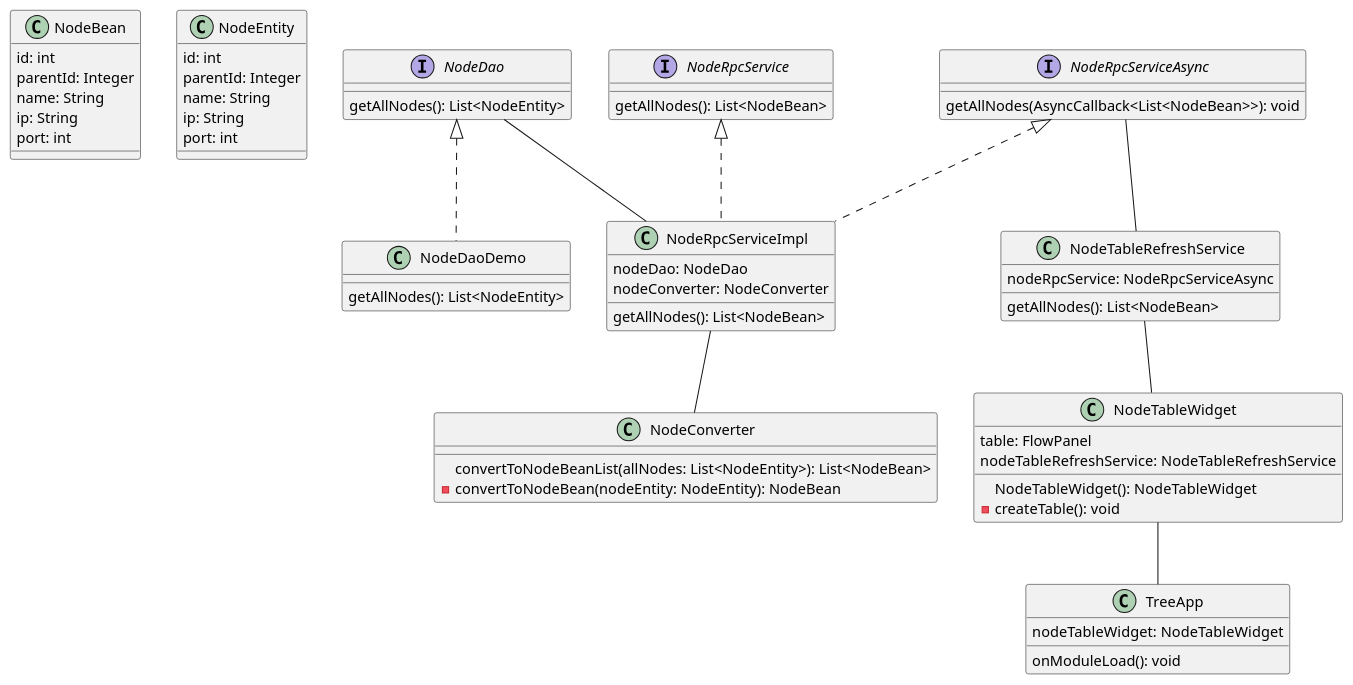
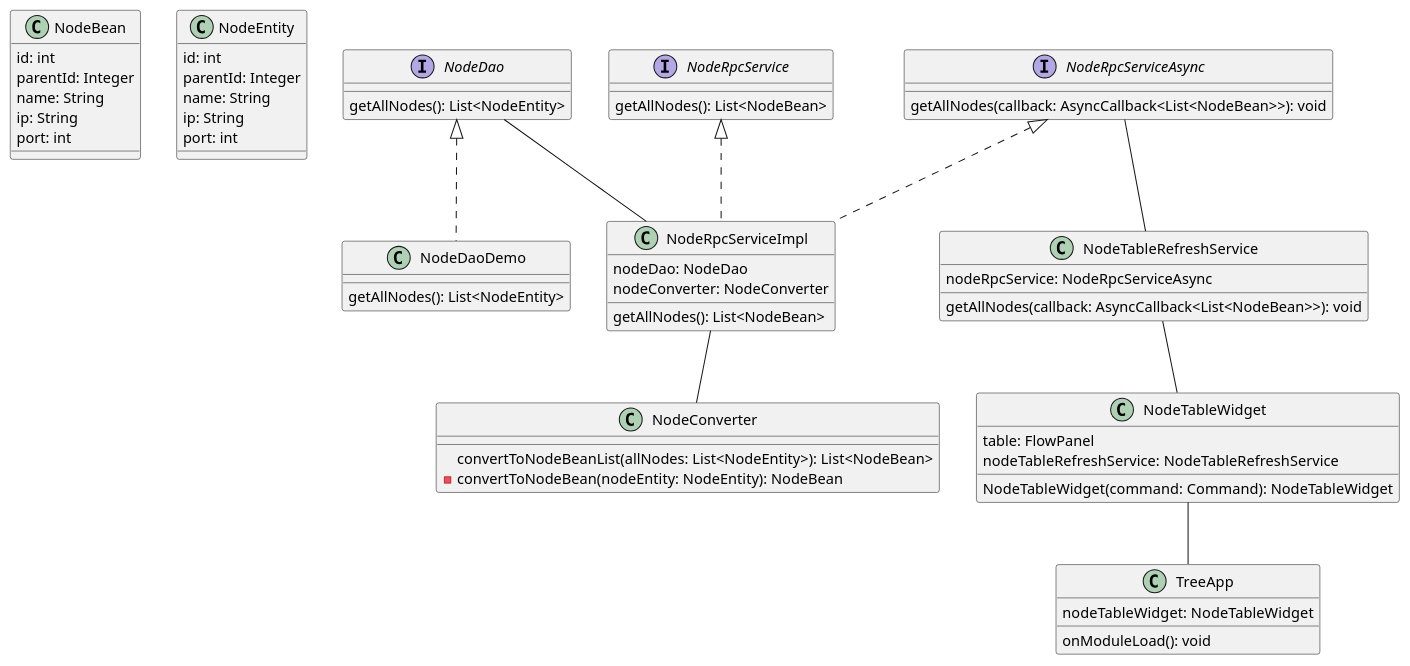
The diagram in docs/class-diagram.puml (dbespa/gwt-tree), drawn with PlantUML before and after one commit. The commit also changed 25 other files, not shown here.

```diff
--- a/docs/class-diagram.puml
+++ b/docs/class-diagram.puml
@@ -1,76 +1,75 @@
 @startuml class-diagram
 
 class NodeBean {
     id: int
     parentId: Integer
     name: String
     ip: String
     port: int
 }
 
 class NodeEntity {
     id: int
     parentId: Integer
     name: String
     ip: String
     port: int
 }
 
 interface NodeDao {
     getAllNodes(): List<NodeEntity>    
 }
 
 class NodeDaoDemo {
     getAllNodes(): List<NodeEntity>
 }
 
 class NodeConverter {
     convertToNodeBeanList(allNodes: List<NodeEntity>): List<NodeBean>
     -convertToNodeBean(nodeEntity: NodeEntity): NodeBean
 }
 
 class NodeRpcServiceImpl {
     nodeDao: NodeDao
     nodeConverter: NodeConverter
 
     getAllNodes(): List<NodeBean>
 }
 
 interface NodeRpcService {
     getAllNodes(): List<NodeBean>
 }
 
 interface NodeRpcServiceAsync {
-    getAllNodes(AsyncCallback<List<NodeBean>>): void   
+    getAllNodes(callback: AsyncCallback<List<NodeBean>>): void   
 }
 
 class NodeTableRefreshService {
     nodeRpcService: NodeRpcServiceAsync
 
-    getAllNodes(): List<NodeBean>
+    getAllNodes(callback: AsyncCallback<List<NodeBean>>): void
 }
 
 class NodeTableWidget {
     table: FlowPanel
     nodeTableRefreshService: NodeTableRefreshService
 
-    NodeTableWidget(): NodeTableWidget
-    -createTable(): void
+    NodeTableWidget(command: Command): NodeTableWidget
 }
 
 class TreeApp {
     nodeTableWidget: NodeTableWidget
     onModuleLoad(): void
 }
 
 NodeDao <|.. NodeDaoDemo
 NodeRpcService <|.. NodeRpcServiceImpl
 NodeRpcServiceAsync <|.. NodeRpcServiceImpl
 
 NodeRpcServiceImpl -- NodeConverter
 NodeDao -- NodeRpcServiceImpl
 NodeRpcServiceAsync -- NodeTableRefreshService
 NodeTableRefreshService -- NodeTableWidget
 NodeTableWidget -- TreeApp
 
 @enduml
```
